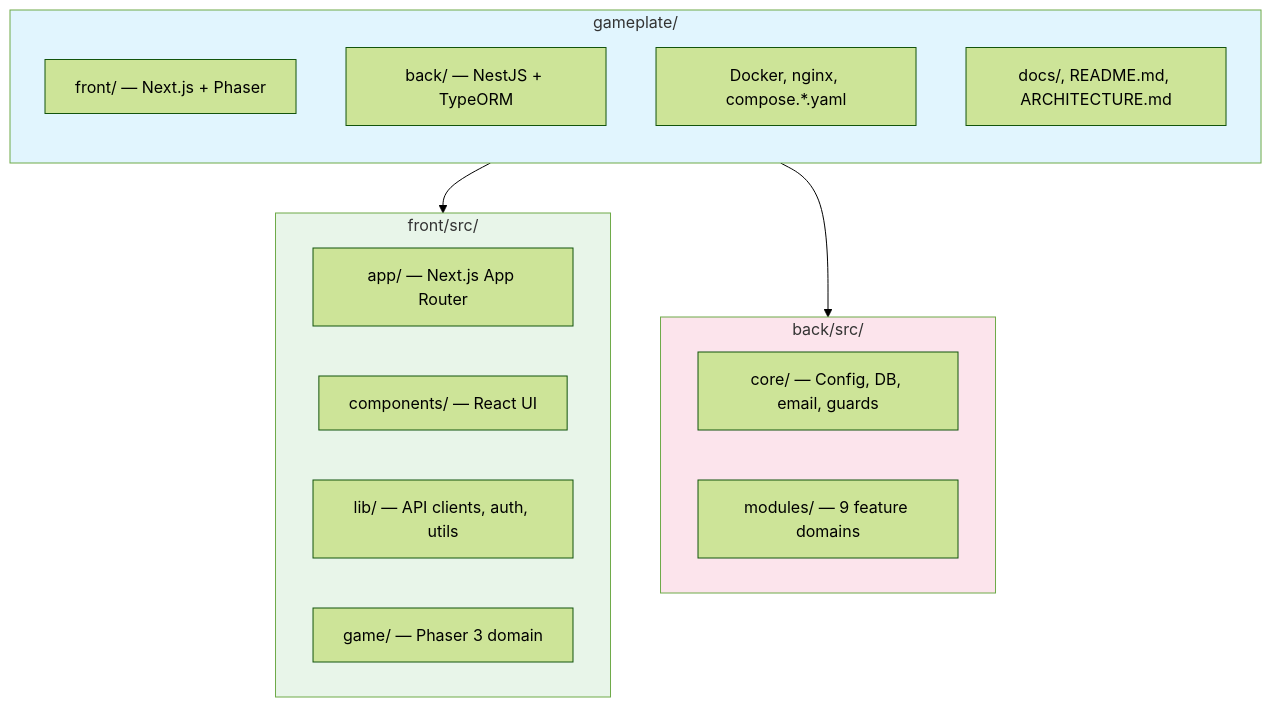
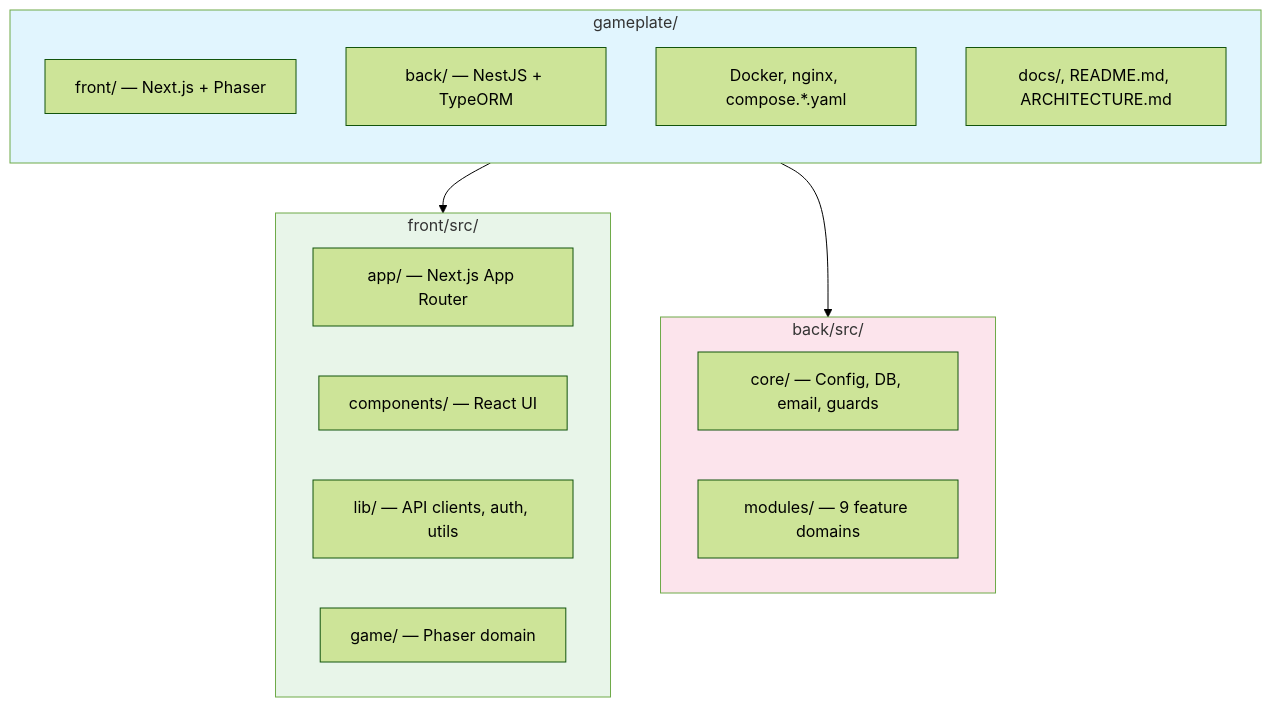
One commit to Labs-de-Games/guardiao-da-cultura changed the diagram in AGENTS.md. Above: the diagram before and after it, drawn with Mermaid (forest theme). The commit also changed 4 other files, not shown here.

````diff
--- a/AGENTS.md
+++ b/AGENTS.md
@@ -52,29 +52,29 @@
 ```mermaid
 flowchart TB
     subgraph Root["gameplate/"]
         direction TB
         Front["front/ — Next.js + Phaser"]
         Back["back/ — NestJS + TypeORM"]
         Infra["Docker, nginx, compose.*.yaml"]
         Docs["docs/, README.md, ARCHITECTURE.md"]
     end
 
     subgraph FrontSrc["front/src/"]
         App["app/ — Next.js App Router"]
         Components["components/ — React UI"]
         Lib["lib/ — API clients, auth, utils"]
-        Game["game/ — Phaser 3 domain"]
+        Game["game/ — Phaser domain"]
     end
 
     subgraph BackSrc["back/src/"]
         Core["core/ — Config, DB, email, guards"]
         Modules["modules/ — 9 feature domains"]
     end
 
     Front --> FrontSrc
     Back --> BackSrc
 
     style Root fill:#e1f5fe
     style FrontSrc fill:#e8f5e9
     style BackSrc fill:#fce4ec
 ```
````
